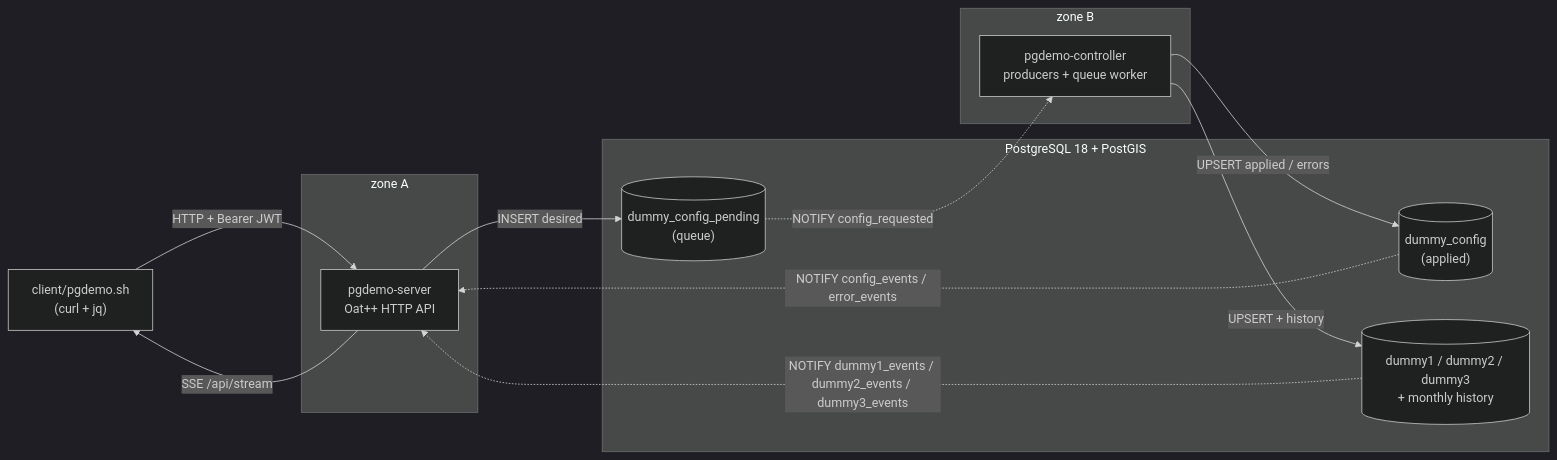
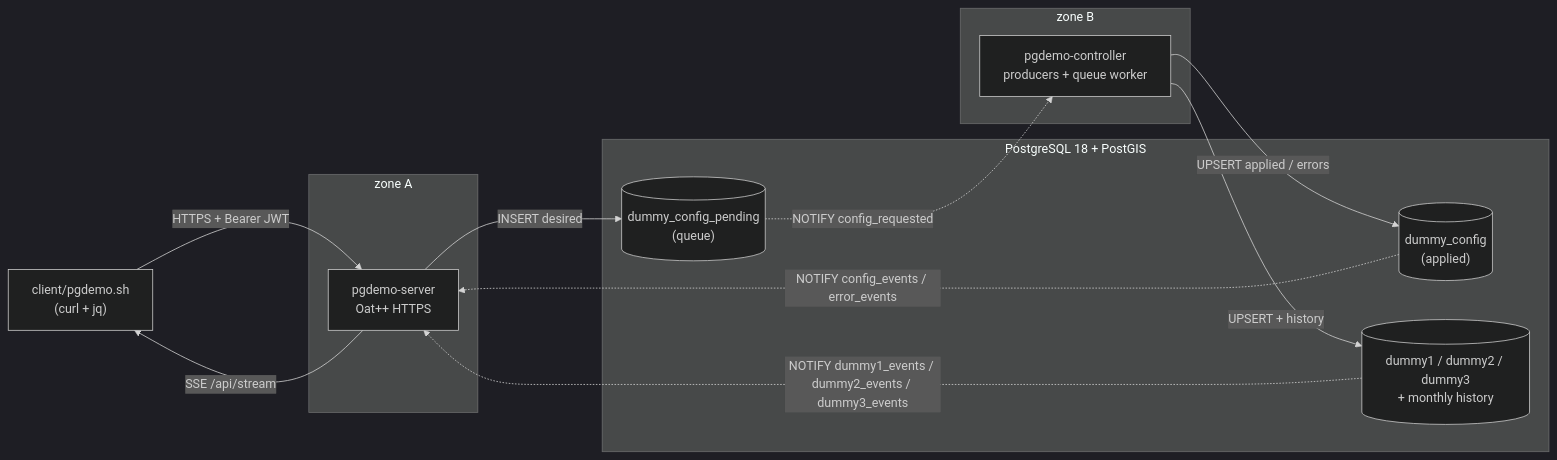
One commit to jgmatu/postgresql changed the diagram in README.md. Above: the diagram before and after it, drawn with Mermaid (dark theme). The commit also changed other lines of this file and 14 other files, not shown here.

````diff
--- a/README.md
+++ b/README.md
@@ -14,24 +15,24 @@
 ```mermaid
 flowchart LR
     client["client/pgdemo.sh<br/>(curl + jq)"]
     subgraph zoneA["zone A"]
-        server["pgdemo-server<br/>Oat++ HTTP API"]
+        server["pgdemo-server<br/>Oat++ HTTPS"]
     end
     subgraph db["PostgreSQL 18 + PostGIS"]
         queue[("dummy_config_pending<br/>(queue)")]
         applied[("dummy_config<br/>(applied)")]
         data[("dummy1 / dummy2 / dummy3<br/>+ monthly history")]
     end
     subgraph zoneB["zone B"]
         controller["pgdemo-controller<br/>producers + queue worker"]
     end
 
-    client -- "HTTP + Bearer JWT" --> server
+    client -- "HTTPS + Bearer JWT" --> server
     server -- "INSERT desired" --> queue
     queue -. "NOTIFY config_requested" .-> controller
     controller -- "UPSERT applied / errors" --> applied
     applied -. "NOTIFY config_events / error_events" .-> server
     controller -- "UPSERT + history" --> data
     data -. "NOTIFY dummy1_events / dummy2_events / dummy3_events" .-> server
     server -- "SSE /api/stream" --> client
 ```
````
